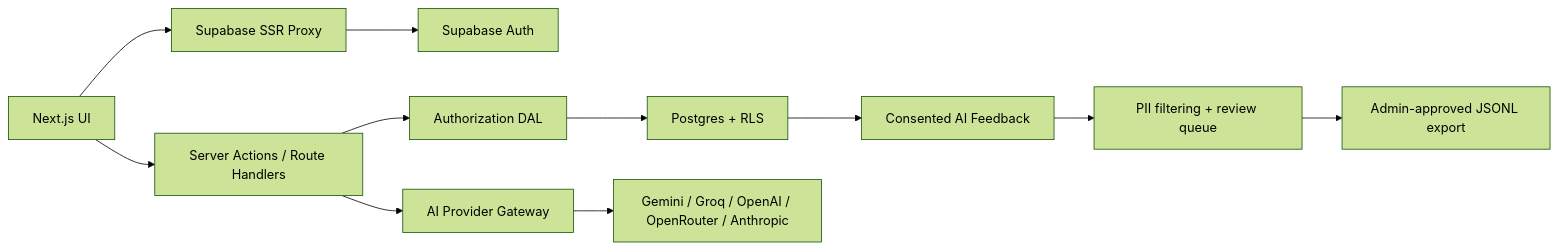
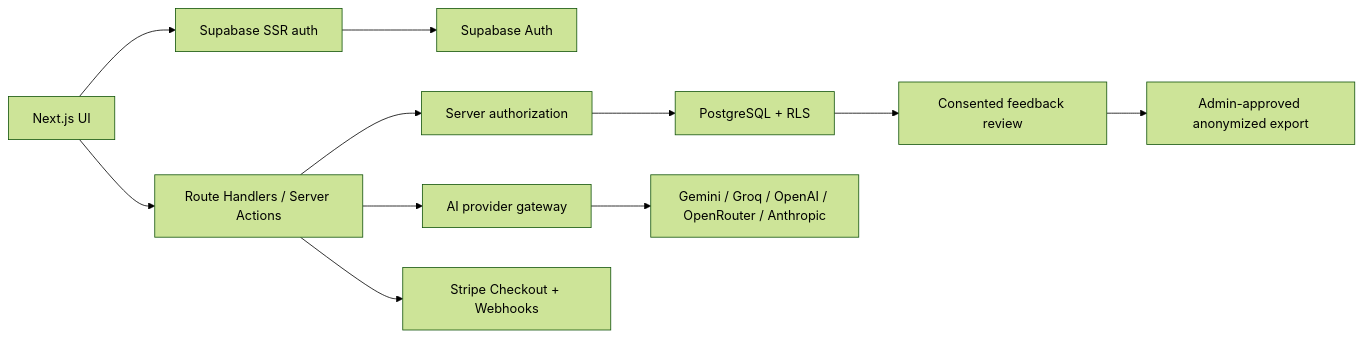
The diagram in README.md (Meranh05/LingoraAI), drawn with Mermaid (forest theme) before and after one commit. The commit also changed other lines of this file, not shown here.

````diff
--- a/README.md
+++ b/README.md
@@ -201,13 +284,13 @@
 ```mermaid
 flowchart LR
-  Browser["Next.js UI"] --> Proxy["Supabase SSR Proxy"]
-  Proxy --> Auth["Supabase Auth"]
-  Browser --> Routes["Server Actions / Route Handlers"]
-  Routes --> DAL["Authorization DAL"]
-  DAL --> RLS["Postgres + RLS"]
-  Routes --> Gateway["AI Provider Gateway"]
-  Gateway --> Models["Gemini / Groq / OpenAI / OpenRouter / Anthropic"]
-  RLS --> Feedback["Consented AI Feedback"]
-  Feedback --> Anon["PII filtering + review queue"]
-  Anon --> Export["Admin-approved JSONL export"]
+  UI["Next.js UI"] --> SSR["Supabase SSR auth"]
+  SSR --> Auth["Supabase Auth"]
+  UI --> API["Route Handlers / Server Actions"]
+  API --> Access["Server authorization"]
+  Access --> DB["PostgreSQL + RLS"]
+  API --> AI["AI provider gateway"]
+  AI --> Models["Gemini / Groq / OpenAI / OpenRouter / Anthropic"]
+  API --> Stripe["Stripe Checkout + Webhooks"]
+  DB --> Review["Consented feedback review"]
+  Review --> Export["Admin-approved anonymized export"]
 ```
````
